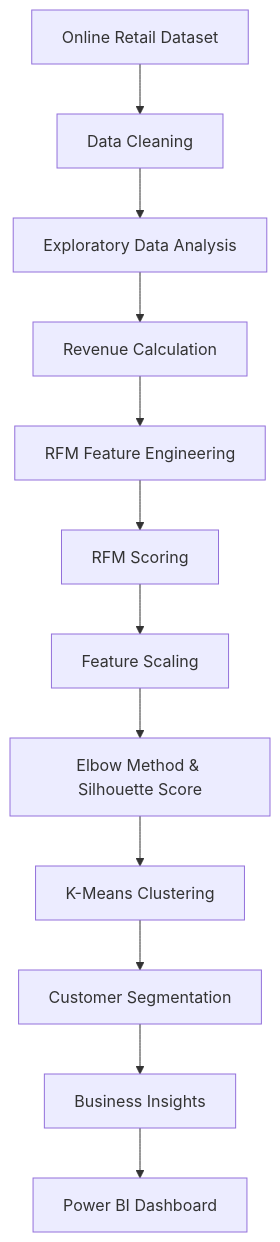
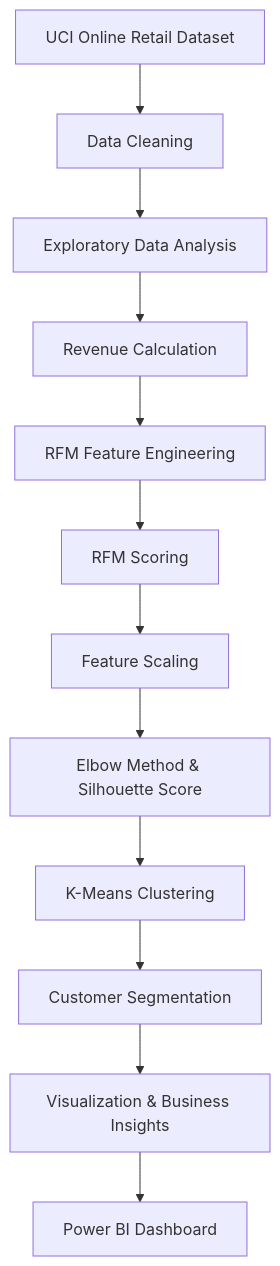
The diagram in README.md (Bilvish/ecommerce-customer-intelligence), drawn with Mermaid before and after one commit. The commit also changed other lines of this file, not shown here.

````diff
--- a/README.md
+++ b/README.md
@@ -87,14 +111,14 @@
 ```mermaid
 flowchart TD
-    A["Online Retail Dataset"] --> B["Data Cleaning"]
+    A["UCI Online Retail Dataset"] --> B["Data Cleaning"]
     B --> C["Exploratory Data Analysis"]
     C --> D["Revenue Calculation"]
     D --> E["RFM Feature Engineering"]
     E --> F["RFM Scoring"]
     F --> G["Feature Scaling"]
     G --> H["Elbow Method & Silhouette Score"]
     H --> I["K-Means Clustering"]
     I --> J["Customer Segmentation"]
-    J --> K["Business Insights"]
+    J --> K["Visualization & Business Insights"]
     K --> L["Power BI Dashboard"]
 ```
````
